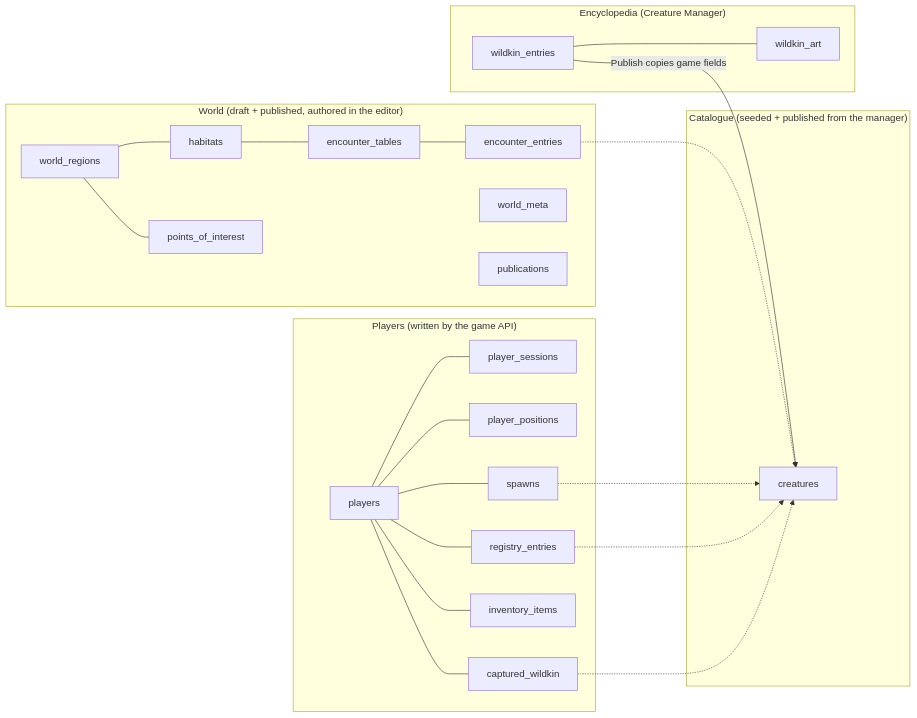
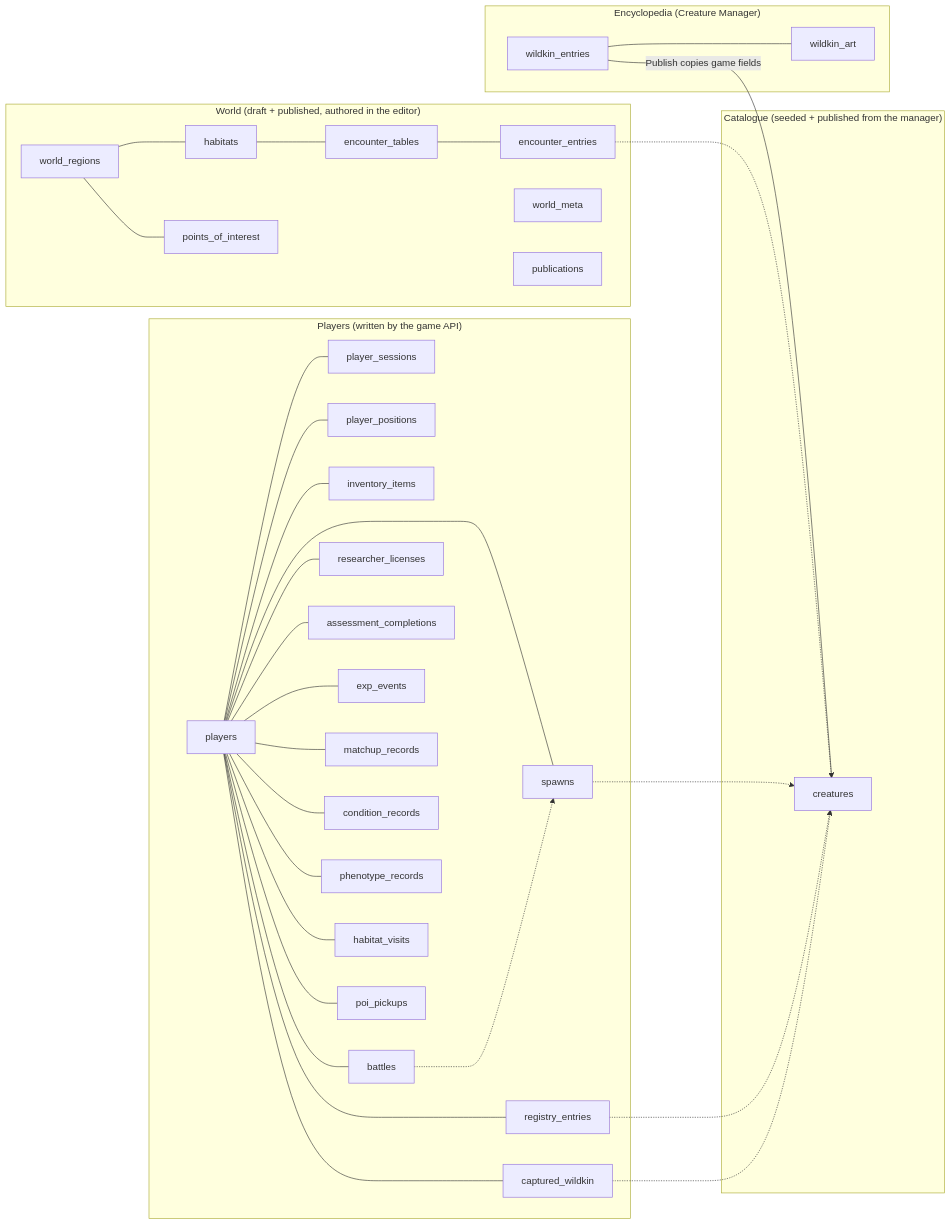
Before and after one commit to samceracas/wildbound: the second of 5 diagrams in docs/03-database.md, drawn with Mermaid. The commit also changed other lines of this file and 7 other files, not shown here.

````diff
--- a/docs/03-database.md
+++ b/docs/03-database.md
@@ -210,28 +324,38 @@
 ```mermaid
 flowchart LR
     subgraph enc["Encyclopedia (Creature Manager)"]
         wildkin_entries --- wildkin_art
     end
     subgraph cat["Catalogue (seeded + published from the manager)"]
         creatures
     end
     wildkin_entries -- "Publish copies game fields" --> creatures
     subgraph world["World (draft + published, authored in the editor)"]
         world_regions --- habitats --- encounter_tables --- encounter_entries
         world_regions --- points_of_interest
         world_meta
         publications
     end
     subgraph player["Players (written by the game API)"]
         players --- player_sessions
         players --- player_positions
         players --- spawns
         players --- registry_entries
         players --- inventory_items
         players --- captured_wildkin
+        players --- battles
+        players --- researcher_licenses
+        players --- assessment_completions
+        players --- exp_events
+        players --- matchup_records
+        players --- condition_records
+        players --- phenotype_records
+        players --- habitat_visits
+        players --- poi_pickups
     end
     encounter_entries -.-> creatures
     spawns -.-> creatures
     registry_entries -.-> creatures
     captured_wildkin -.-> creatures
+    battles -.-> spawns
 ```
````
